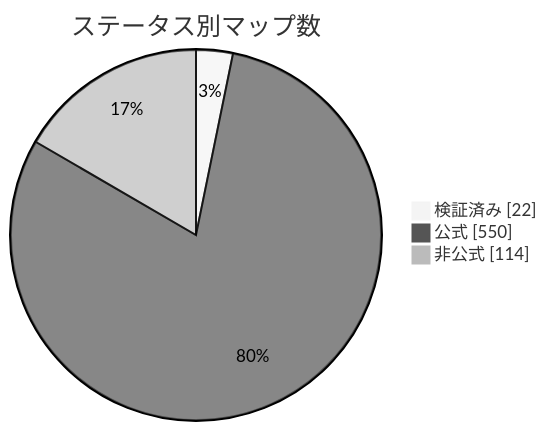
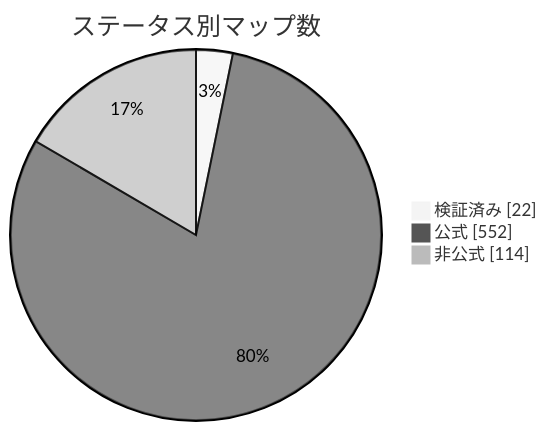
Before and after one commit to nobrega8/mbmap-library: the diagram in docs/readme/README_JP.md, drawn with Mermaid (neutral theme). The commit also changed 7 other files, not shown here.

````diff
--- a/docs/readme/README_JP.md
+++ b/docs/readme/README_JP.md
@@ -54,7 +54,7 @@
 ```mermaid
 pie showData
     title ステータス別マップ数
     "検証済み" : 22
-    "公式" : 550
+    "公式" : 552
     "非公式" : 114
 ```
````
